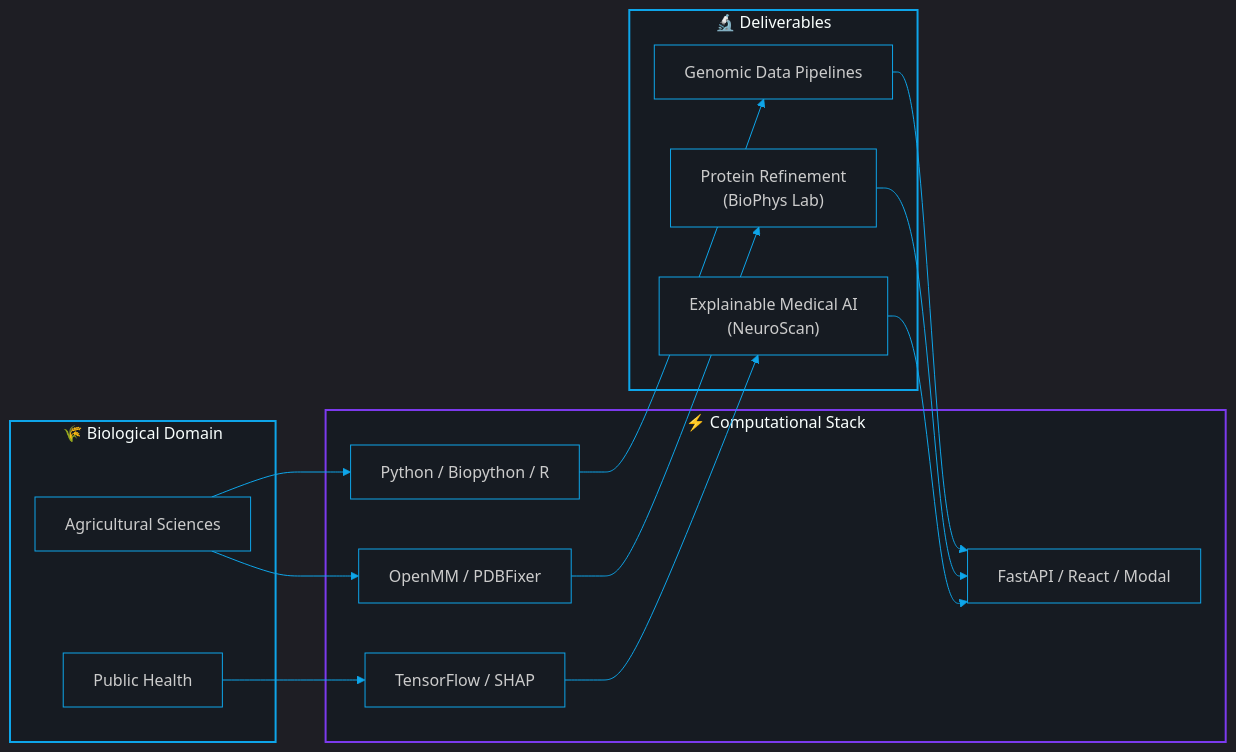
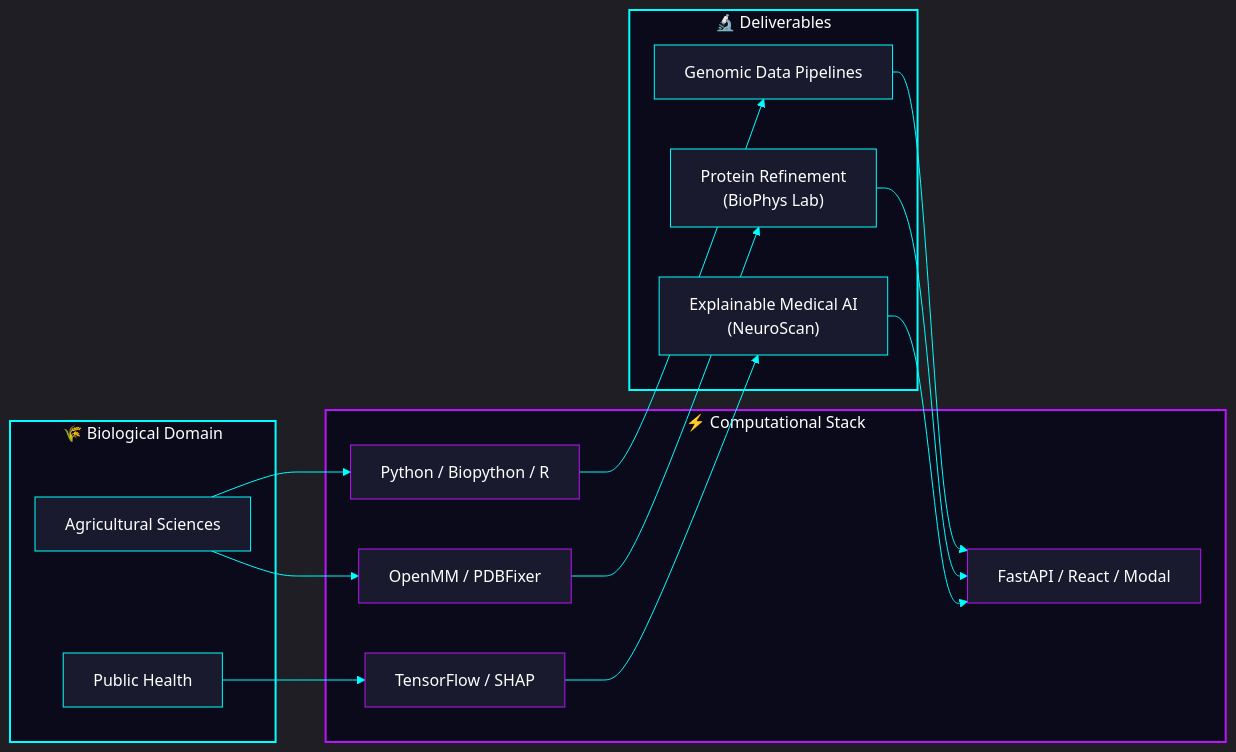
Before and after one commit to HassanAhmed2Ha/HassanAhmed2Ha: the diagram in README.md, drawn with Mermaid. The commit also changed other lines of this file, not shown here.

````diff
--- a/README.md
+++ b/README.md
@@ -249,32 +318,41 @@
 ```mermaid
-%%{init: {'theme': 'dark', 'themeVariables': {'primaryColor': '#7C3AED', 'primaryTextColor': '#C9D1D9', 'primaryBorderColor': '#0EA5E9', 'lineColor': '#0EA5E9', 'secondaryColor': '#0D1117', 'tertiaryColor': '#161B22', 'background': '#0D1117', 'mainBkg': '#161B22', 'nodeBorder': '#0EA5E9', 'clusterBkg': '#161B22', 'clusterBorder': '#7C3AED'}}}%%
+%%{init: {'theme': 'dark', 'themeVariables': {'primaryColor': '#BC13FE', 'primaryTextColor': '#FFFFFF', 'primaryBorderColor': '#00FFFF', 'lineColor': '#00FFFF', 'secondaryColor': '#000000', 'tertiaryColor': '#0a0a0a', 'background': '#000000', 'mainBkg': '#0a0a0a', 'nodeBorder': '#00FFFF', 'nodeTextColor': '#FFFFFF', 'clusterBkg': '#0a0a1a', 'clusterBorder': '#BC13FE', 'edgeLabelBackground': '#000000', 'titleColor': '#00FFFF'}}}%%
 flowchart LR
     subgraph BIO["🌾 Biological Domain"]
         A["Agricultural Sciences"]
         B["Public Health"]
     end
 
     subgraph COMPUTE["⚡ Computational Stack"]
         C["Python / Biopython / R"]
         D["TensorFlow / SHAP"]
         E["OpenMM / PDBFixer"]
         F["FastAPI / React / Modal"]
     end
 
     subgraph DELIVER["🔬 Deliverables"]
         G["Genomic Data Pipelines"]
         H["Explainable Medical AI\n(NeuroScan)"]
         I["Protein Refinement\n(BioPhys Lab)"]
     end
 
     A --> C --> G
     B --> D --> H
     A --> E --> I
     G --> F
     H --> F
     I --> F
 
-    style BIO fill:#161B22,stroke:#0EA5E9,stroke-width:2px
-    style COMPUTE fill:#161B22,stroke:#7C3AED,stroke-width:2px
-    style DELIVER fill:#161B22,stroke:#0EA5E9,stroke-width:2px
+    style BIO fill:#0a0a1a,stroke:#00FFFF,stroke-width:2px,color:#FFFFFF
+    style COMPUTE fill:#0a0a1a,stroke:#BC13FE,stroke-width:2px,color:#FFFFFF
+    style DELIVER fill:#0a0a1a,stroke:#00FFFF,stroke-width:2px,color:#FFFFFF
+    style A fill:#1a1a2e,stroke:#00FFFF,color:#FFFFFF
+    style B fill:#1a1a2e,stroke:#00FFFF,color:#FFFFFF
+    style C fill:#1a1a2e,stroke:#BC13FE,color:#FFFFFF
+    style D fill:#1a1a2e,stroke:#BC13FE,color:#FFFFFF
+    style E fill:#1a1a2e,stroke:#BC13FE,color:#FFFFFF
+    style F fill:#1a1a2e,stroke:#BC13FE,color:#FFFFFF
+    style G fill:#1a1a2e,stroke:#00FFFF,color:#FFFFFF
+    style H fill:#1a1a2e,stroke:#00FFFF,color:#FFFFFF
+    style I fill:#1a1a2e,stroke:#00FFFF,color:#FFFFFF
 ```
````
